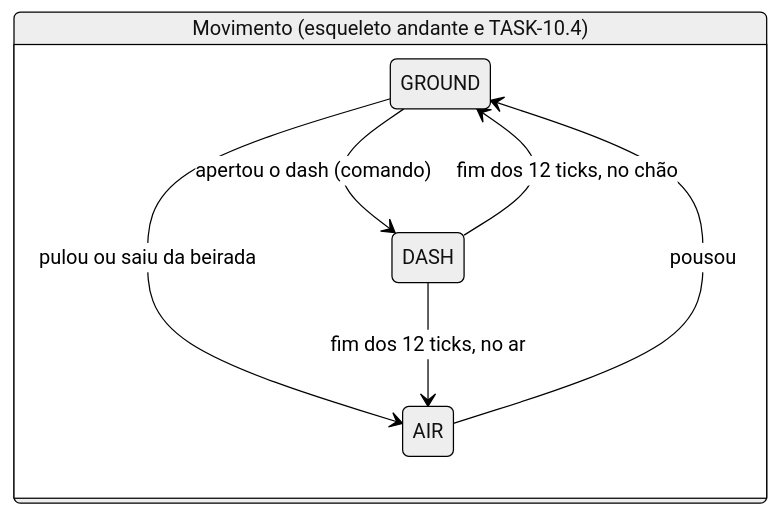
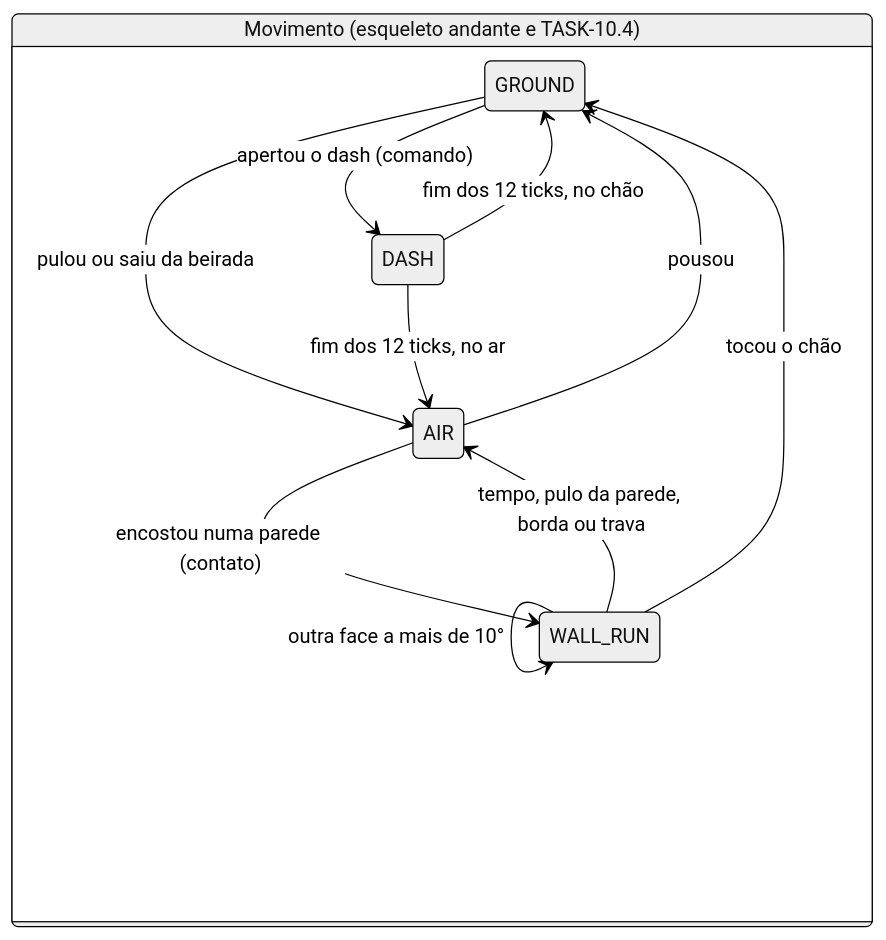
One commit to Kibryant/jogo-acrobatico changed the fourth of 5 diagrams in docs/arquitetura/visao-geral.md. Above: the diagram before and after it, drawn with Mermaid (neutral theme). The commit also changed other lines of this file and 25 other files, not shown here.

````diff
--- a/docs/arquitetura/visao-geral.md
+++ b/docs/arquitetura/visao-geral.md
@@ -135,11 +138,15 @@
 ```mermaid
 stateDiagram-v2
   direction LR
   state "Movimento (esqueleto andante e TASK-10.4)" as mov {
     GROUND --> AIR: pulou ou saiu da beirada
     AIR --> GROUND: pousou
     GROUND --> DASH: apertou o dash (comando)
     DASH --> GROUND: fim dos 12 ticks, no chão
     DASH --> AIR: fim dos 12 ticks, no ar
+    AIR --> WALL_RUN: encostou numa parede (contato)
+    WALL_RUN --> AIR: tempo, pulo da parede, borda ou trava
+    WALL_RUN --> GROUND: tocou o chão
+    WALL_RUN --> WALL_RUN: outra face a mais de 10°
   }
 ```
````
